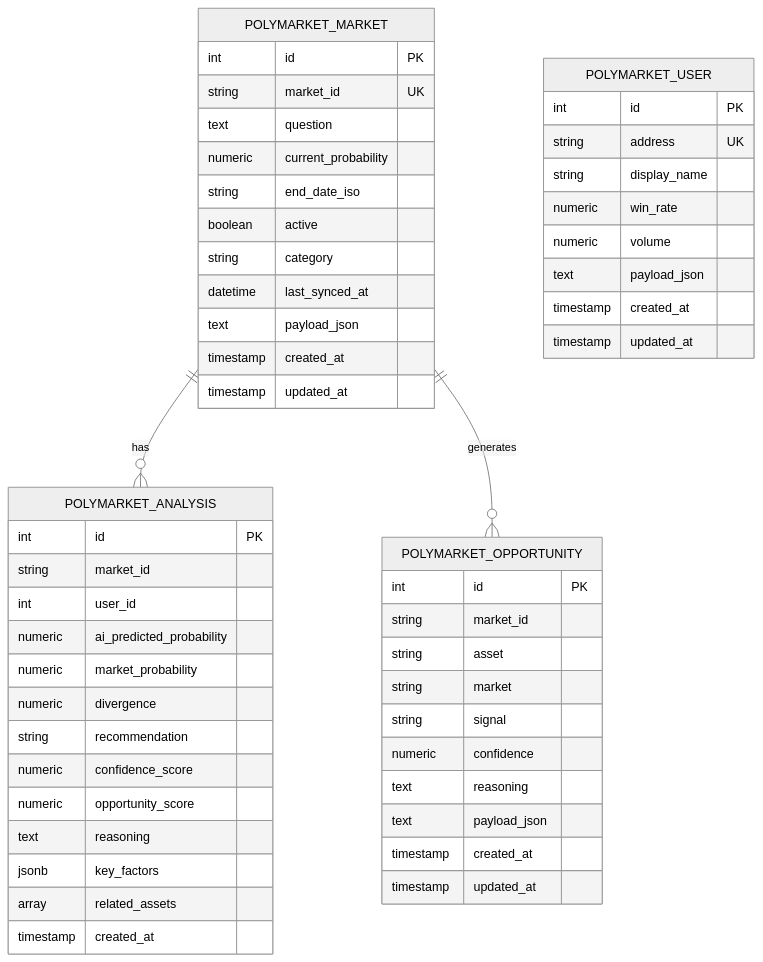
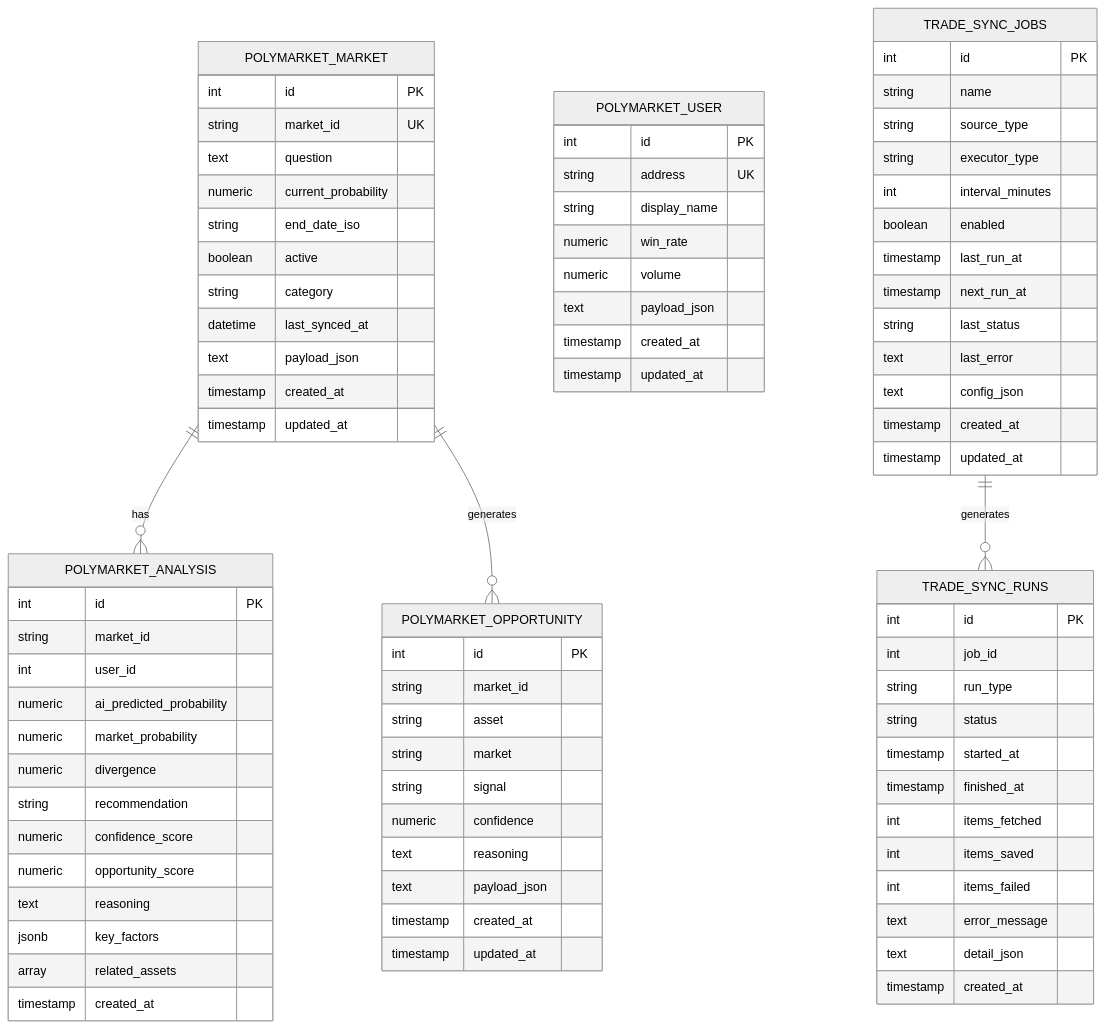
One commit to joezxh/QuantDinger changed the ninth of 12 diagrams in .qoder/repowiki/zh/content/数据管理系统/数据源适配器/Polymarket预测市场数据集成.md. Above: the diagram before and after it, drawn with Mermaid (neutral theme). The commit also changed other lines of this file and 71 other files, not shown here.

````diff
--- a/.qoder/repowiki/zh/content/数据管理系统/数据源适配器/Polymarket预测市场数据集成.md
+++ b/.qoder/repowiki/zh/content/数据管理系统/数据源适配器/Polymarket预测市场数据集成.md
@@ -354,6 +440,36 @@
 timestamp created_at
 timestamp updated_at
 }
+TRADE_SYNC_JOBS {
+int id PK
+string name
+string source_type
+string executor_type
+int interval_minutes
+boolean enabled
+timestamp last_run_at
+timestamp next_run_at
+string last_status
+text last_error
+text config_json
+timestamp created_at
+timestamp updated_at
+}
+TRADE_SYNC_RUNS {
+int id PK
+int job_id
+string run_type
+string status
+timestamp started_at
+timestamp finished_at
+int items_fetched
+int items_saved
+int items_failed
+text error_message
+text detail_json
+timestamp created_at
+}
 POLYMARKET_MARKET ||--o{ POLYMARKET_ANALYSIS : "has"
 POLYMARKET_MARKET ||--o{ POLYMARKET_OPPORTUNITY : "generates"
+TRADE_SYNC_JOBS ||--o{ TRADE_SYNC_RUNS : "generates"
 ```
````
